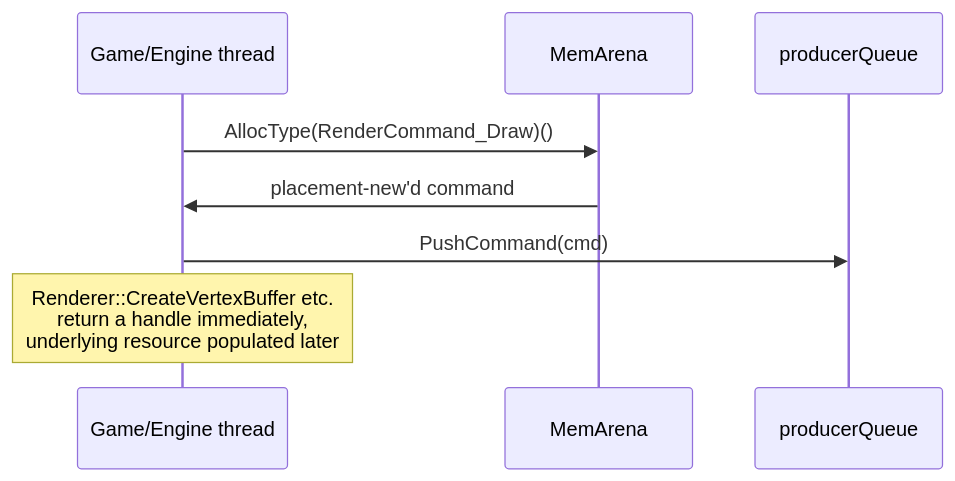
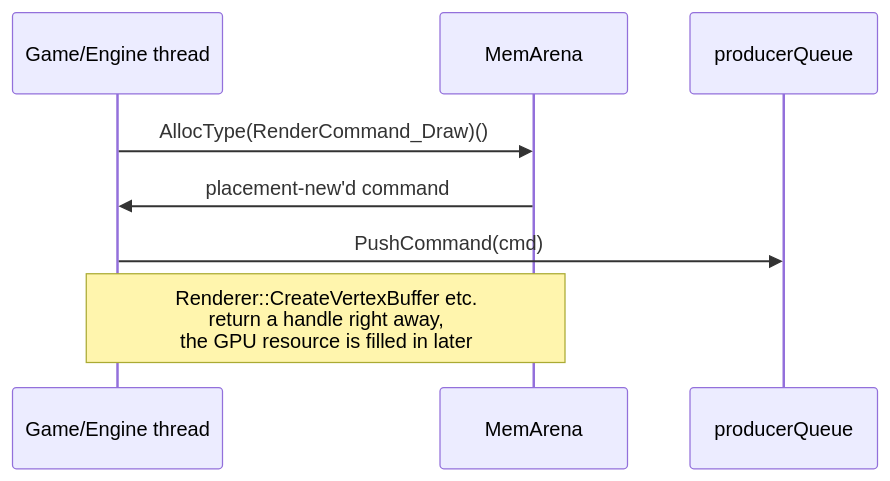
The first of 3 diagrams in Docs/Generated/Engine/04-Rendering/Low-Level-Renderer-Module.md (b1nary0/RZE), drawn with Mermaid before and after one commit. The commit also changed other lines of this file and 21 other files, not shown here.

First line of the commit message:
Fix diagrams that failed to render or hid their own text

````diff
--- a/Docs/Generated/Engine/04-Rendering/Low-Level-Renderer-Module.md
+++ b/Docs/Generated/Engine/04-Rendering/Low-Level-Renderer-Module.md
@@ -20,11 +20,12 @@
 ```mermaid
+%%{init: {'flowchart': {'subGraphTitleMargin': {'top': 6, 'bottom': 10}}, 'themeCSS': '.labelBkg, .edgeLabel { background-color: var(--background-primary) !important; } .messageText, .labelText, .loopText { paint-order: stroke; stroke: var(--background-primary); stroke-width: 5px; stroke-linejoin: round; }'}}%%
 sequenceDiagram
     participant Game as Game/Engine thread
     participant Arena as MemArena
     participant Prod as producerQueue
 
     Game->>Arena: AllocType(RenderCommand_Draw)()
     Arena->>Game: placement-new'd command
     Game->>Prod: PushCommand(cmd)
-    Note over Game: Renderer::CreateVertexBuffer etc.<br/>return a handle immediately,<br/>underlying resource populated later
+    Note over Game,Arena: Renderer::CreateVertexBuffer etc.<br/>return a handle right away,<br/>the GPU resource is filled in later
 ```
````
